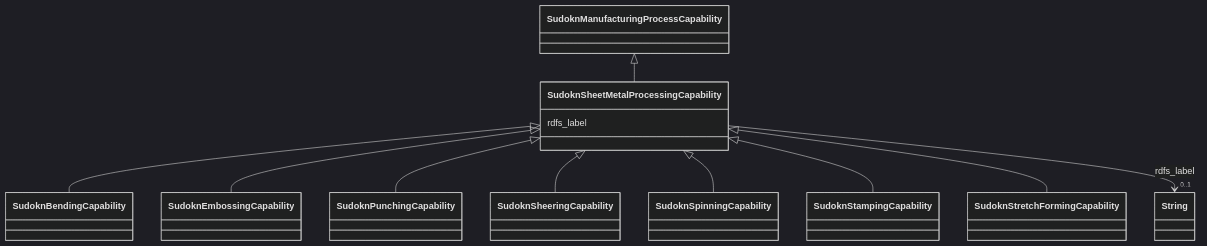
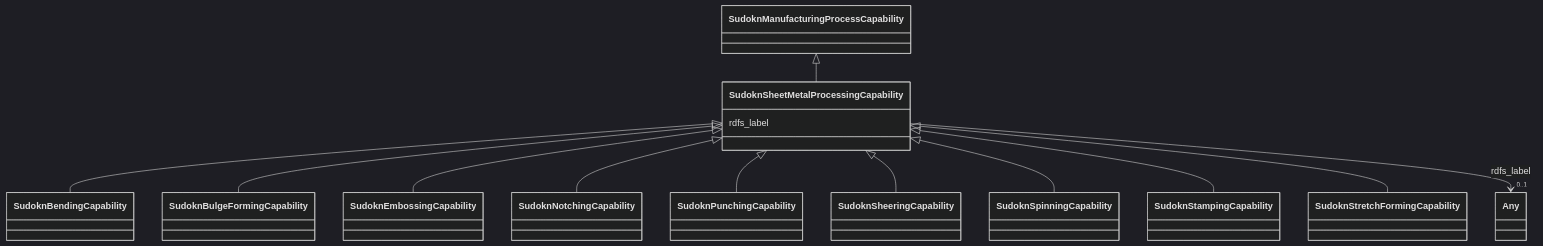
The diagram in sudokn-kg/classes/SudoknSheetMetalProcessingCapability.md (frink-okn/graph-descriptions), drawn with Mermaid (dark theme) before and after one commit. The commit also changed other lines of this file and 903 other files, not shown here.

````diff
--- a/sudokn-kg/classes/SudoknSheetMetalProcessingCapability.md
+++ b/sudokn-kg/classes/SudoknSheetMetalProcessingCapability.md
@@ -23,35 +18,39 @@
 ```mermaid
  classDiagram
     class SudoknSheetMetalProcessingCapability
     click SudoknSheetMetalProcessingCapability href "../SudoknSheetMetalProcessingCapability"
       SudoknManufacturingProcessCapability <|-- SudoknSheetMetalProcessingCapability
         click SudoknManufacturingProcessCapability href "../SudoknManufacturingProcessCapability"
       
 
       SudoknSheetMetalProcessingCapability <|-- SudoknBendingCapability
         click SudoknBendingCapability href "../SudoknBendingCapability"
+      SudoknSheetMetalProcessingCapability <|-- SudoknBulgeFormingCapability
+        click SudoknBulgeFormingCapability href "../SudoknBulgeFormingCapability"
       SudoknSheetMetalProcessingCapability <|-- SudoknEmbossingCapability
         click SudoknEmbossingCapability href "../SudoknEmbossingCapability"
+      SudoknSheetMetalProcessingCapability <|-- SudoknNotchingCapability
+        click SudoknNotchingCapability href "../SudoknNotchingCapability"
       SudoknSheetMetalProcessingCapability <|-- SudoknPunchingCapability
         click SudoknPunchingCapability href "../SudoknPunchingCapability"
       SudoknSheetMetalProcessingCapability <|-- SudoknSheeringCapability
         click SudoknSheeringCapability href "../SudoknSheeringCapability"
       SudoknSheetMetalProcessingCapability <|-- SudoknSpinningCapability
         click SudoknSpinningCapability href "../SudoknSpinningCapability"
       SudoknSheetMetalProcessingCapability <|-- SudoknStampingCapability
         click SudoknStampingCapability href "../SudoknStampingCapability"
       SudoknSheetMetalProcessingCapability <|-- SudoknStretchFormingCapability
         click SudoknStretchFormingCapability href "../SudoknStretchFormingCapability"
       
       
       SudoknSheetMetalProcessingCapability : rdfs_label
         
           
     
     
-    SudoknSheetMetalProcessingCapability --> "0..1" String : rdfs_label
-    click String href "../String"
+    SudoknSheetMetalProcessingCapability --> "0..1" Any : rdfs_label
+    click Any href "../Any"
 
         
       
 ```
````
